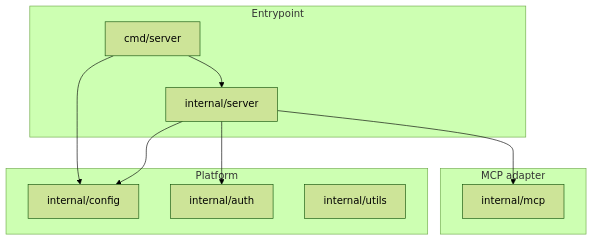
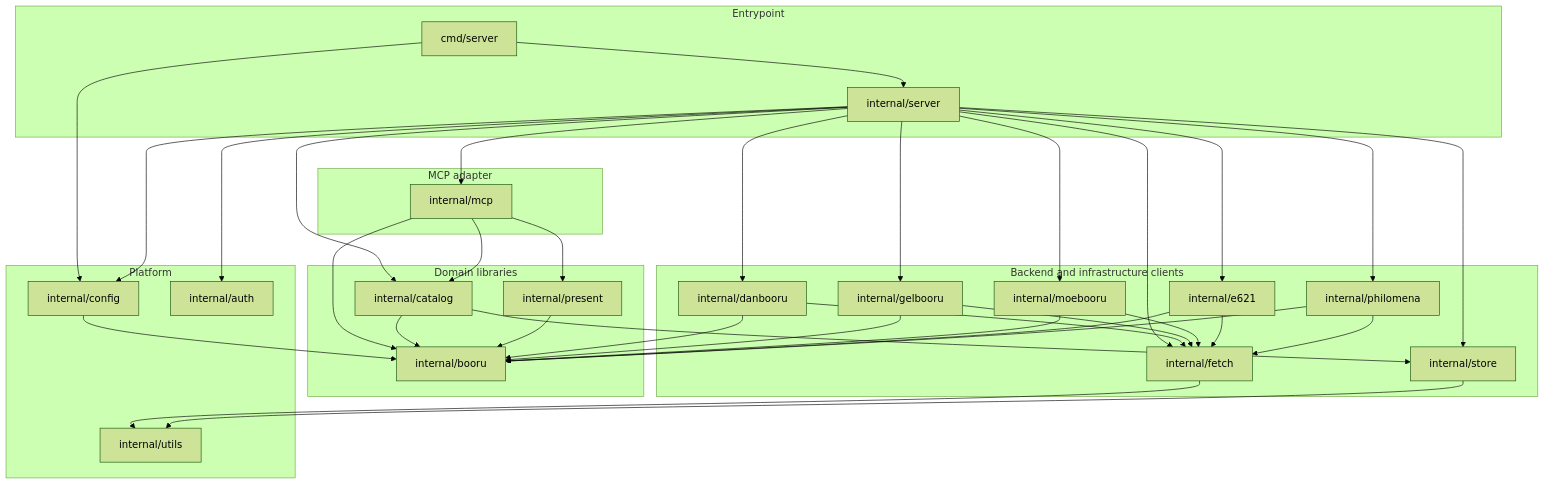
Before and after one commit to wishmatic/booru-mcp: the diagram in AGENTS.md, drawn with Mermaid (forest theme). The commit also changed 67 other files, not shown here.

Commit message:
Implement booru MCP tools and multi-client support

````diff
--- a/AGENTS.md
+++ b/AGENTS.md
@@ -55,24 +55,72 @@
 ```mermaid
 flowchart TD
     subgraph entry[Entrypoint]
         cmd["cmd/server"]
         server["internal/server"]
     end
 
     subgraph mcpLayer[MCP adapter]
         mcp["internal/mcp"]
+    end
+
+    subgraph domain[Domain libraries]
+        catalog["internal/catalog"]
+        booru["internal/booru"]
+        present["internal/present"]
+    end
+
+    subgraph clients[Backend and infrastructure clients]
+        danbooru["internal/danbooru"]
+        gelbooru["internal/gelbooru"]
+        moebooru["internal/moebooru"]
+        e621["internal/e621"]
+        philomena["internal/philomena"]
+        fetch["internal/fetch"]
+        store["internal/store"]
     end
 
     subgraph platform[Platform]
         config["internal/config"]
         auth["internal/auth"]
         utils["internal/utils"]
     end
 
     cmd --> server
     cmd --> config
 
     server --> mcp
+    server --> catalog
+    server --> danbooru
+    server --> gelbooru
+    server --> moebooru
+    server --> e621
+    server --> philomena
+    server --> fetch
+    server --> store
     server --> auth
     server --> config
+
+    mcp --> catalog
+    mcp --> booru
+    mcp --> present
+
+    catalog --> booru
+    catalog --> store
+
+    present --> booru
+
+    danbooru --> booru
+    danbooru --> fetch
+    gelbooru --> booru
+    gelbooru --> fetch
+    moebooru --> booru
+    moebooru --> fetch
+    e621 --> booru
+    e621 --> fetch
+    philomena --> booru
+    philomena --> fetch
+
+    fetch --> utils
+    store --> utils
+    config --> booru
 ```
````
